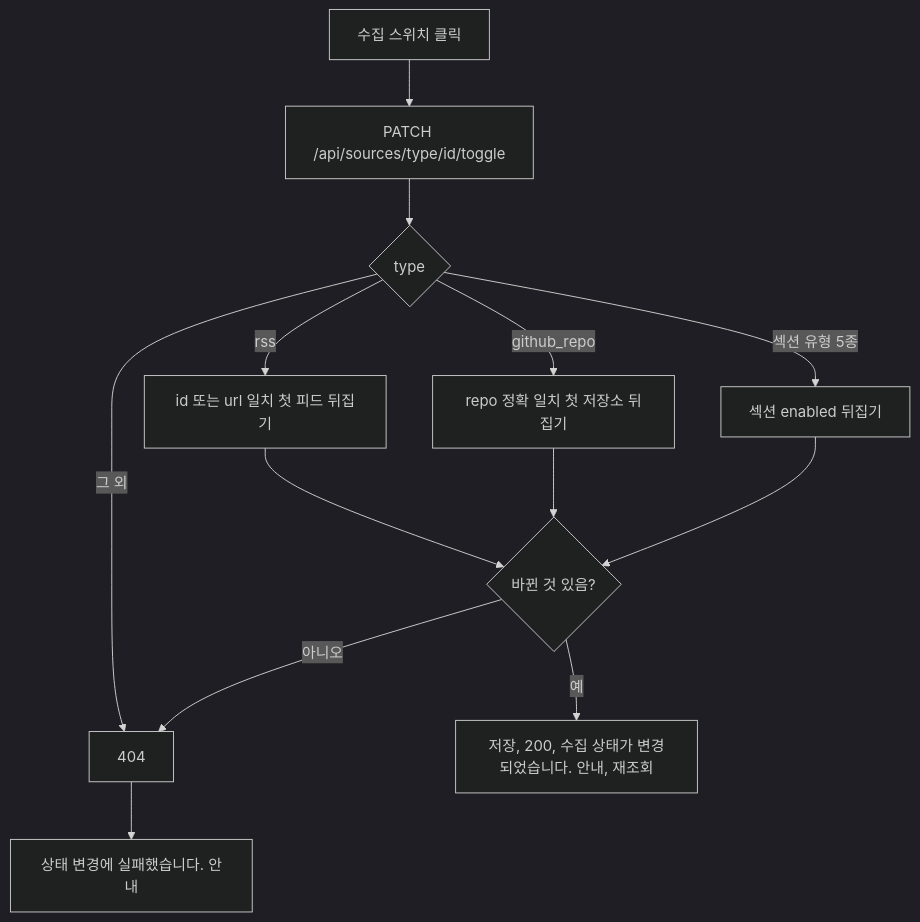
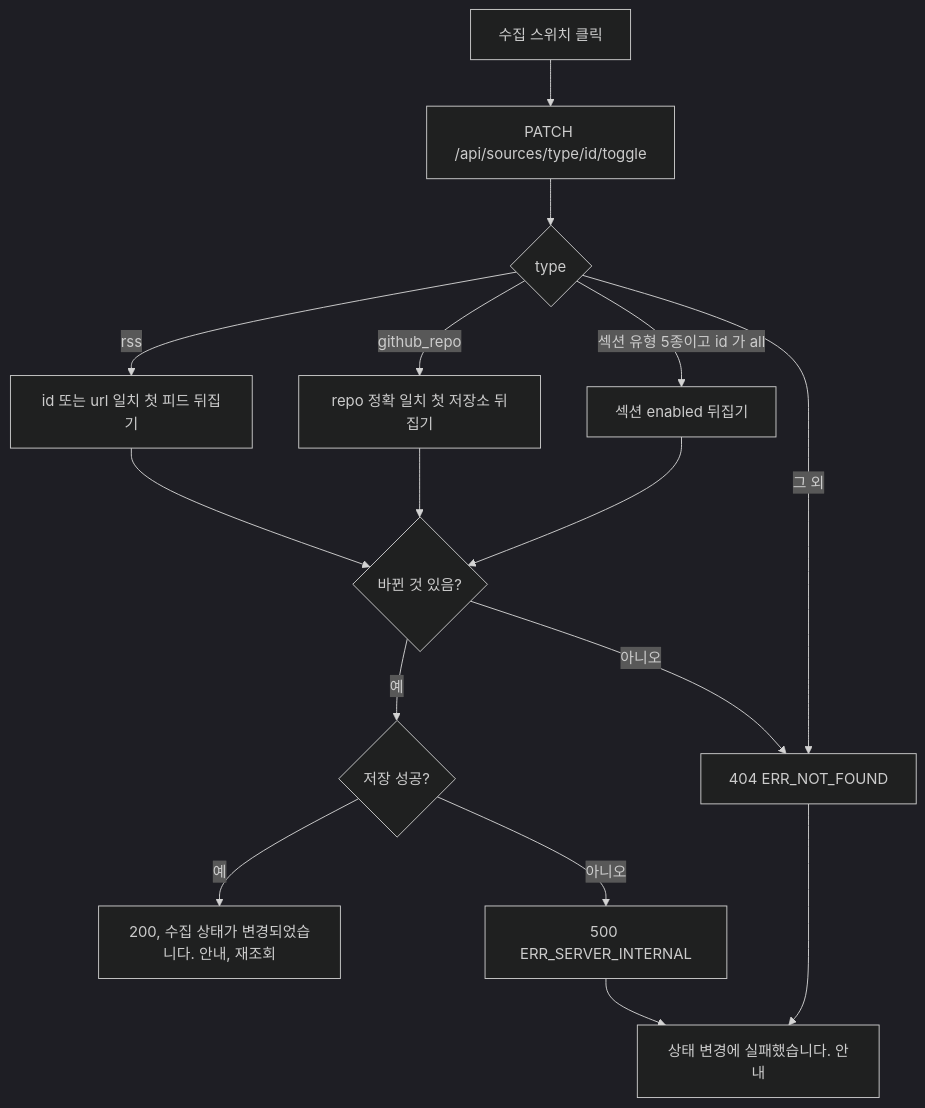
The sixth of 14 diagrams in docs/spec-writer/fsd/05_SOURCES_AND_RESEARCH_SPECIFICATION.md (ozplayground/agent-lens), drawn with Mermaid (dark theme) before and after one commit. The commit also changed other lines of this file and 216 other files, not shown here.

````diff
--- a/docs/spec-writer/fsd/05_SOURCES_AND_RESEARCH_SPECIFICATION.md
+++ b/docs/spec-writer/fsd/05_SOURCES_AND_RESEARCH_SPECIFICATION.md
@@ -434,15 +434,18 @@
 ```mermaid
 flowchart TD
     A["수집 스위치 클릭"] --> B["PATCH /api/sources/type/id/toggle"]
     B --> C{"type"}
     C -->|rss| D["id 또는 url 일치 첫 피드 뒤집기"]
     C -->|github_repo| E["repo 정확 일치 첫 저장소 뒤집기"]
-    C -->|섹션 유형 5종| F["섹션 enabled 뒤집기"]
-    C -->|그 외| G["404"]
+    C -->|섹션 유형 5종이고 id 가 all| F["섹션 enabled 뒤집기"]
+    C -->|그 외| G["404 ERR_NOT_FOUND"]
     D --> H{"바뀐 것 있음?"}
     E --> H
     F --> H
-    H -->|예| I["저장, 200, 수집 상태가 변경되었습니다. 안내, 재조회"]
+    H -->|예| S{"저장 성공?"}
+    S -->|예| I["200, 수집 상태가 변경되었습니다. 안내, 재조회"]
+    S -->|아니오| X["500 ERR_SERVER_INTERNAL"]
     H -->|아니오| G
     G --> J["상태 변경에 실패했습니다. 안내"]
+    X --> J
 ```
````
